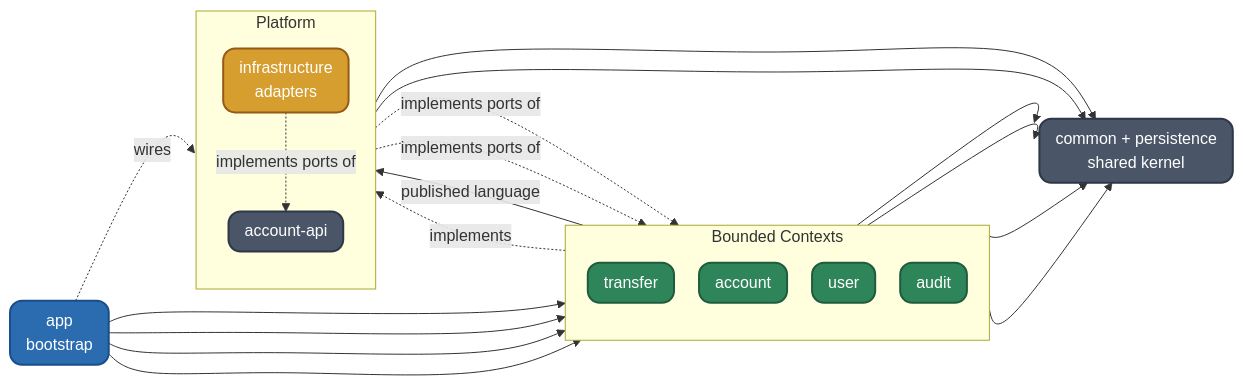
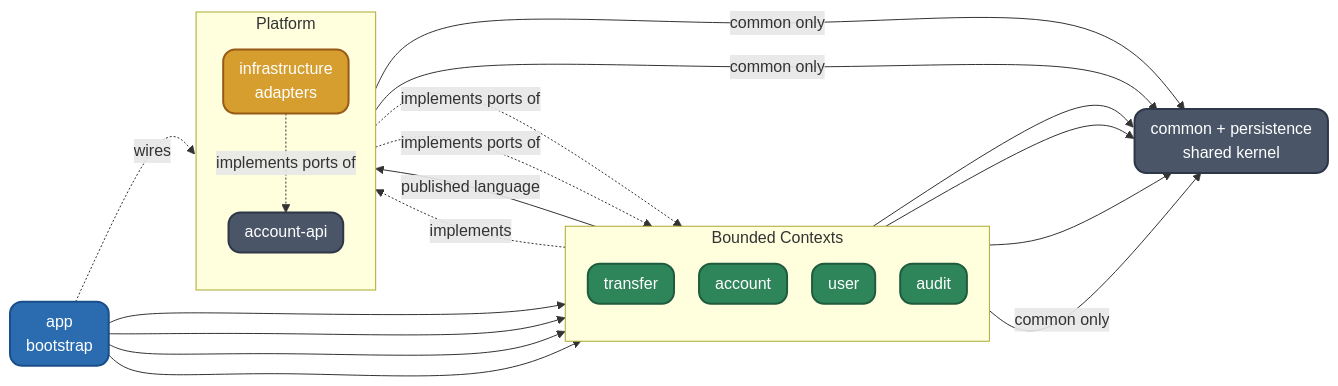
One commit to BerkanApaydin/core-banking changed the diagram in readme.md. Above: the diagram before and after it, drawn with Mermaid. The commit also changed other lines of this file and 12 other files, not shown here.

````diff
--- a/readme.md
+++ b/readme.md
@@ -65,35 +65,36 @@
 ```mermaid
 %%{init: {'flowchart': {'rankSpacing': 0, 'nodeSpacing': 25, 'curve': 'natural', 'padding': 0}}}%%
 graph LR
     classDef boot fill:#2B6CB0,stroke:#1A4E8A,color:#fff,stroke-width:2px,rx:12,ry:12;
     classDef ctx fill:#2F855A,stroke:#1F5C3D,color:#fff,stroke-width:2px,rx:12,ry:12;
     classDef plat fill:#4A5568,stroke:#2D3748,color:#fff,stroke-width:2px,rx:12,ry:12;
     classDef infraC fill:#D69E2E,stroke:#975A16,color:#fff,stroke-width:2px,rx:12,ry:12;
 
     app[app<br/>bootstrap]:::boot
 
     subgraph contexts[Bounded Contexts]
         direction TB
         transfer[transfer]:::ctx
         account[account]:::ctx
         user[user]:::ctx
         audit[audit]:::ctx
     end
 
     subgraph platform[Platform]
         direction TB
         api[account-api]:::plat
         infra[infrastructure<br/>adapters]:::infraC
     end
 
     shared[common + persistence<br/>shared kernel]:::plat
 
     app --> transfer & account & user & audit
     app -. wires .-> infra
     transfer -- published language --> api
     account -. implements .-> api
-    transfer & account & user & audit --> shared
-    api --> shared
-    infra --> shared
+    transfer & account & user --> shared
+    audit -- common only --> shared
+    api -- common only --> shared
+    infra -- common only --> shared
     infra -. implements ports of .-> api & user & audit
 ```
````
